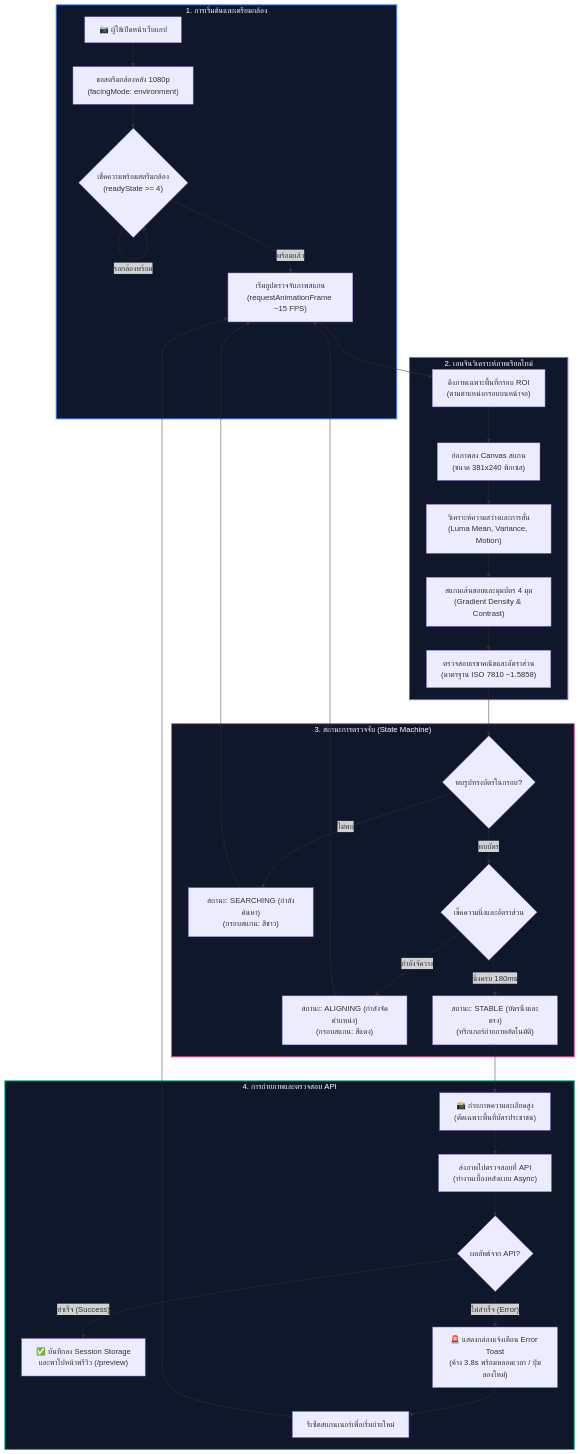
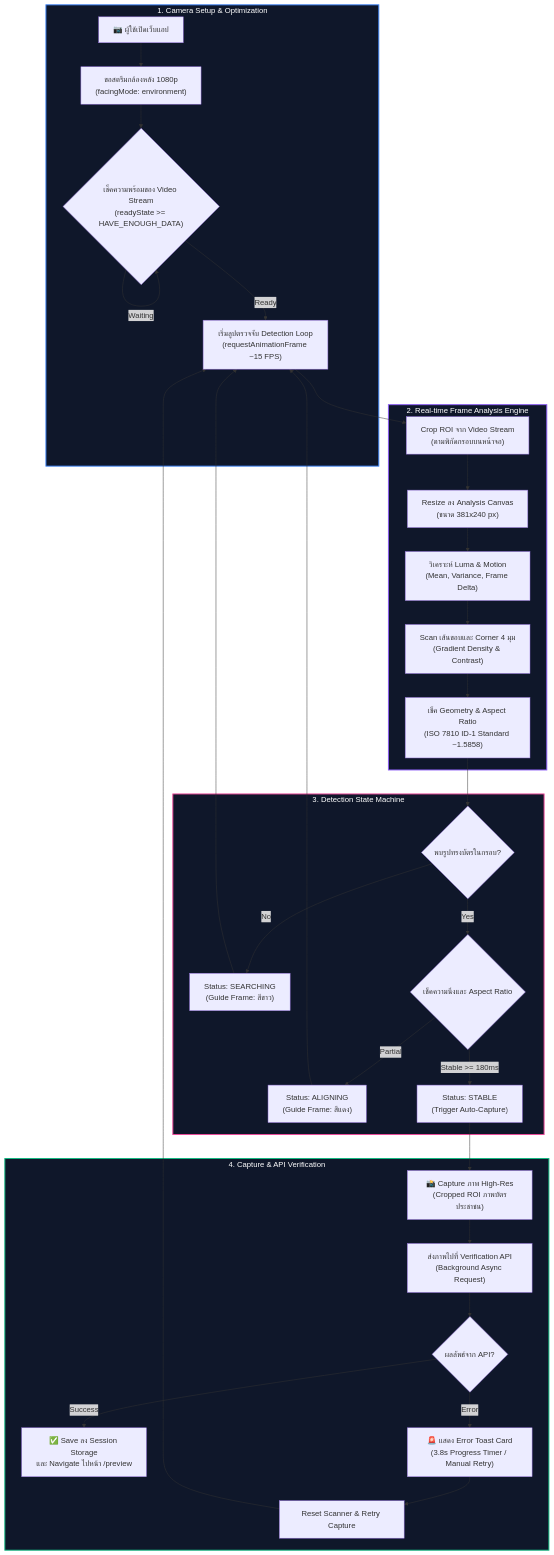
Before and after one commit to SupawishPK/id-card-scanner: the third of 4 diagrams in DEMO_SCRIPT.md, drawn with Mermaid.

Commit message:
docs: refine detailed flowchart to use technical english terms

````diff
--- a/DEMO_SCRIPT.md
+++ b/DEMO_SCRIPT.md
@@ -102,42 +102,42 @@
 ```mermaid
 flowchart TD
-    subgraph S1["1. การเริ่มต้นและเตรียมกล้อง"]
-        A["📷 ผู้ใช้เปิดหน้าเว็บแอป"] --> B["ขอสตรีมกล้องหลัง 1080p<br/>(facingMode: environment)"]
-        B --> C{"เช็คความพร้อมสตรีมกล้อง<br/>(readyState >= 4)"}
-        C -- รอกล้องพร้อม --> C
-        C -- พร้อมแล้ว --> D["เริ่มลูปตรวจจับภาพสแกน<br/>(requestAnimationFrame ~15 FPS)"]
+    subgraph S1["1. Camera Setup & Optimization"]
+        A["📷 ผู้ใช้เปิดเว็บแอป"] --> B["ขอสตรีมกล้องหลัง 1080p<br/>(facingMode: environment)"]
+        B --> C{"เช็คความพร้อมของ Video Stream<br/>(readyState >= HAVE_ENOUGH_DATA)"}
+        C -- Waiting --> C
+        C -- Ready --> D["เริ่มลูปตรวจจับ Detection Loop<br/>(requestAnimationFrame ~15 FPS)"]
     end
 
-    subgraph S2["2. เอนจินวิเคราะห์ภาพเรียลไทม์"]
-        D --> E["ดึงภาพเฉพาะพื้นที่กรอบ ROI<br/>(ตามตำแหน่งกรอบบนหน้าจอ)"]
-        E --> F["ย่อภาพลง Canvas สแกน<br/>(ขนาด 381x240 พิกเซล)"]
-        F --> G["วิเคราะห์ความสว่างและการสั่น<br/>(Luma Mean, Variance, Motion)"]
-        G --> H["สแกนเส้นขอบและมุมบัตร 4 มุม<br/>(Gradient Density & Contrast)"]
-        H --> I["ตรวจสอบเรขาคณิตและอัตราส่วน<br/>(มาตรฐาน ISO 7810 ~1.5858)"]
+    subgraph S2["2. Real-time Frame Analysis Engine"]
+        D --> E["Crop ROI จาก Video Stream<br/>(ตามพิกัดกรอบบนหน้าจอ)"]
+        E --> F["Resize ลง Analysis Canvas<br/>(ขนาด 381x240 px)"]
+        F --> G["วิเคราะห์ Luma & Motion<br/>(Mean, Variance, Frame Delta)"]
+        G --> H["Scan เส้นขอบและ Corner 4 มุม<br/>(Gradient Density & Contrast)"]
+        H --> I["เช็ค Geometry & Aspect Ratio<br/>(ISO 7810 ID-1 Standard ~1.5858)"]
     end
 
-    subgraph S3["3. สถานะการตรวจจับ (State Machine)"]
+    subgraph S3["3. Detection State Machine"]
         I --> J{"พบรูปทรงบัตรในกรอบ?"}
-        J -- ไม่พบ --> K["สถานะ: SEARCHING (กำลังค้นหา)<br/>(กรอบสแกน: สีขาว)"]
+        J -- No --> K["Status: SEARCHING<br/>(Guide Frame: สีขาว)"]
         K --> D
-        J -- พบบัตร --> L{"เช็คความนิ่งและอัตราส่วน"}
-        L -- กำลังจัดวาง --> M["สถานะ: ALIGNING (กำลังจัดตำแหน่ง)<br/>(กรอบสแกน: สีแดง)"]
+        J -- Yes --> L{"เช็คความนิ่งและ Aspect Ratio"}
+        L -- Partial --> M["Status: ALIGNING<br/>(Guide Frame: สีแดง)"]
         M --> D
-        L -- นิ่งครบ 180ms --> N["สถานะ: STABLE (บัตรนิ่งและตรง)<br/>(ทริกเกอร์ถ่ายภาพอัตโนมัติ)"]
+        L -- Stable >= 180ms --> N["Status: STABLE<br/>(Trigger Auto-Capture)"]
     end
 
-    subgraph S4["4. การถ่ายภาพและตรวจสอบ API"]
-        N --> O["📸 ถ่ายภาพความละเอียดสูง<br/>(ตัดเฉพาะพื้นที่บัตรประชาชน)"]
-        O --> P["ส่งภาพไปตรวจสอบที่ API<br/>(ทำงานเบื้องหลังแบบ Async)"]
+    subgraph S4["4. Capture & API Verification"]
+        N --> O["📸 Capture ภาพ High-Res<br/>(Cropped ROI ภาพบัตรประชาชน)"]
+        O --> P["ส่งภาพไปที่ Verification API<br/>(Background Async Request)"]
         P --> Q{"ผลลัพธ์จาก API?"}
-        Q -- สำเร็จ (Success) --> R["✅ บันทึกลง Session Storage<br/>และพาไปหน้าพรีวิว (/preview)"]
-        Q -- ไม่สำเร็จ (Error) --> S["🚨 แสดงกล่องแจ้งเตือน Error Toast<br/>(ค้าง 3.8s พร้อมหลอดเวลา / ปุ่มลองใหม่)"]
-        S --> T["รีเซ็ตสแกนเนอร์เพื่อเริ่มถ่ายใหม่"]
+        Q -- Success --> R["✅ Save ลง Session Storage<br/>และ Navigate ไปหน้า /preview"]
+        Q -- Error --> S["🚨 แสดง Error Toast Card<br/>(3.8s Progress Timer / Manual Retry)"]
+        S --> T["Reset Scanner & Retry Capture"]
         T --> D
     end
 
     style S1 fill:#0f172a,stroke:#3b82f6,stroke-width:2px,color:#fff
     style S2 fill:#0f172a,stroke:#8b5cf6,stroke-width:2px,color:#fff
     style S3 fill:#0f172a,stroke:#ec4899,stroke-width:2px,color:#fff
     style S4 fill:#0f172a,stroke:#10b981,stroke-width:2px,color:#fff
 ```
````
